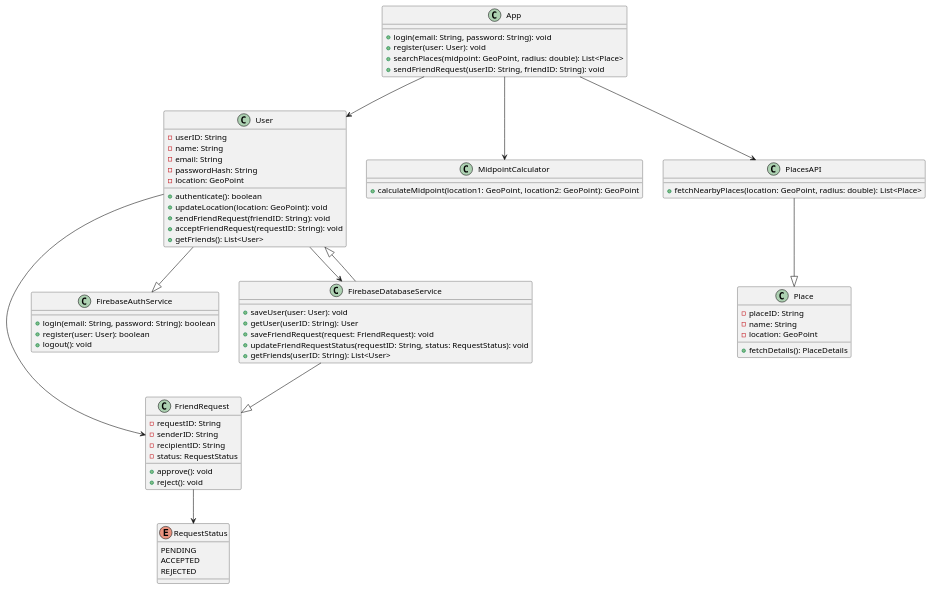
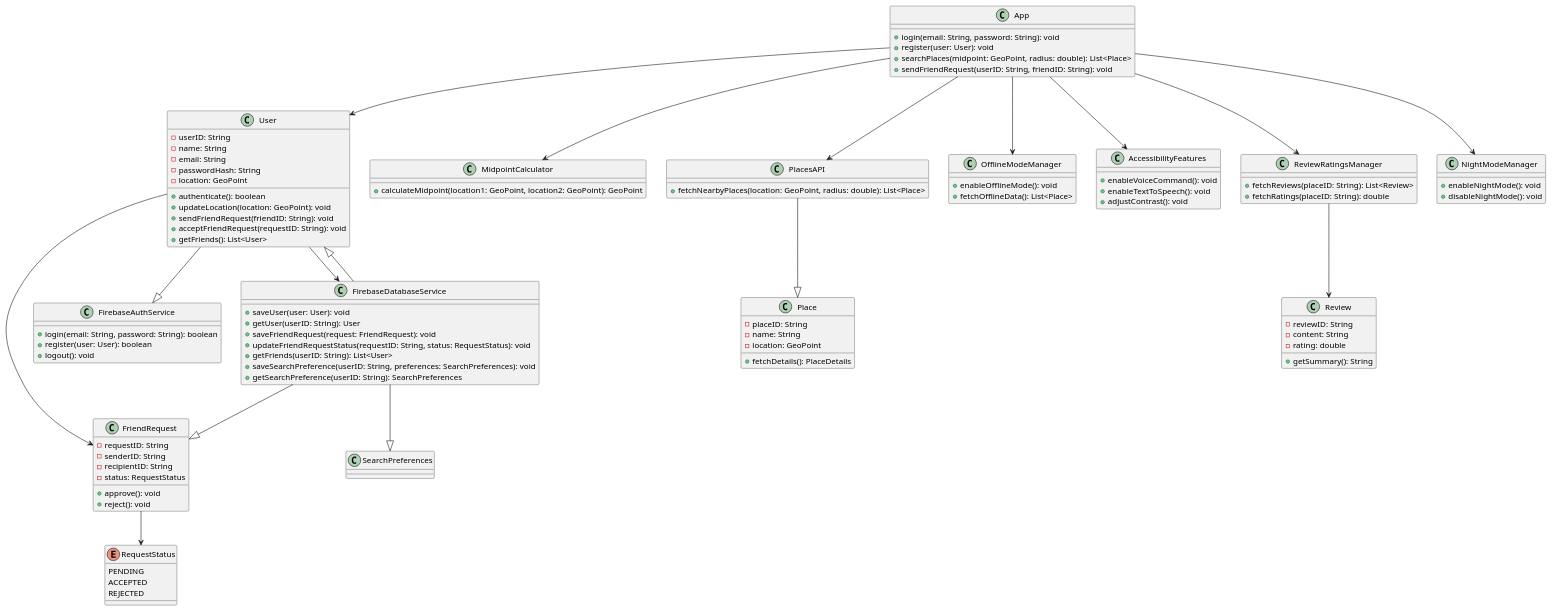
Before and after one commit to DanielVAppel/CS5800_Final: the first of 2 diagrams in src/org/CS5800/ClassDiagram/ClassDiagrams.puml, drawn with PlantUML.

Commit message:
Enhanced Class Diagrams
Enhanced Class Diagrams with more details and design patterns implmented.

```diff
--- a/src/org/CS5800/ClassDiagram/ClassDiagrams.puml
+++ b/src/org/CS5800/ClassDiagram/ClassDiagrams.puml
@@ -1,80 +1,116 @@
 @startuml
 
 ' Diagram: Class Diagram for User Management and Friend Requests
 
 class User {
     - userID: String
     - name: String
     - email: String
     - passwordHash: String
     - location: GeoPoint
     + authenticate(): boolean
     + updateLocation(location: GeoPoint): void
     + sendFriendRequest(friendID: String): void
     + acceptFriendRequest(requestID: String): void
     + getFriends(): List<User>
 }
 
 class FriendRequest {
     - requestID: String
     - senderID: String
     - recipientID: String
     - status: RequestStatus
     + approve(): void
     + reject(): void
 }
 
 enum RequestStatus {
     PENDING
     ACCEPTED
     REJECTED
 }
 
 class FirebaseAuthService {
     + login(email: String, password: String): boolean
     + register(user: User): boolean
     + logout(): void
 }
 
 class FirebaseDatabaseService {
     + saveUser(user: User): void
     + getUser(userID: String): User
     + saveFriendRequest(request: FriendRequest): void
     + updateFriendRequestStatus(requestID: String, status: RequestStatus): void
     + getFriends(userID: String): List<User>
+    + saveSearchPreference(userID: String, preferences: SearchPreferences): void
+    + getSearchPreference(userID: String): SearchPreferences
 }
 
 class MidpointCalculator {
     + calculateMidpoint(location1: GeoPoint, location2: GeoPoint): GeoPoint
 }
 
 class Place {
     - placeID: String
     - name: String
     - location: GeoPoint
     + fetchDetails(): PlaceDetails
 }
 
 class PlacesAPI {
     + fetchNearbyPlaces(location: GeoPoint, radius: double): List<Place>
 }
 
 class App {
     + login(email: String, password: String): void
     + register(user: User): void
     + searchPlaces(midpoint: GeoPoint, radius: double): List<Place>
     + sendFriendRequest(userID: String, friendID: String): void
 }
 
+class OfflineModeManager {
+    + enableOfflineMode(): void
+    + fetchOfflineData(): List<Place>
+}
+
+class AccessibilityFeatures {
+    + enableVoiceCommand(): void
+    + enableTextToSpeech(): void
+    + adjustContrast(): void
+}
+
+class ReviewRatingsManager {
+    + fetchReviews(placeID: String): List<Review>
+    + fetchRatings(placeID: String): double
+}
+
+class Review {
+    - reviewID: String
+    - content: String
+    - rating: double
+    + getSummary(): String
+}
+
+class NightModeManager {
+    + enableNightMode(): void
+    + disableNightMode(): void
+}
+
 User --|> FirebaseAuthService
 User --> FirebaseDatabaseService
 User --> FriendRequest
 FriendRequest --> RequestStatus
 App --> User
 App --> PlacesAPI
 App --> MidpointCalculator
+App --> OfflineModeManager
+App --> AccessibilityFeatures
+App --> ReviewRatingsManager
+App --> NightModeManager
 FirebaseDatabaseService --|> User
 FirebaseDatabaseService --|> FriendRequest
+FirebaseDatabaseService --|> SearchPreferences
 PlacesAPI --|> Place
+ReviewRatingsManager --> Review
 
 @enduml
```
